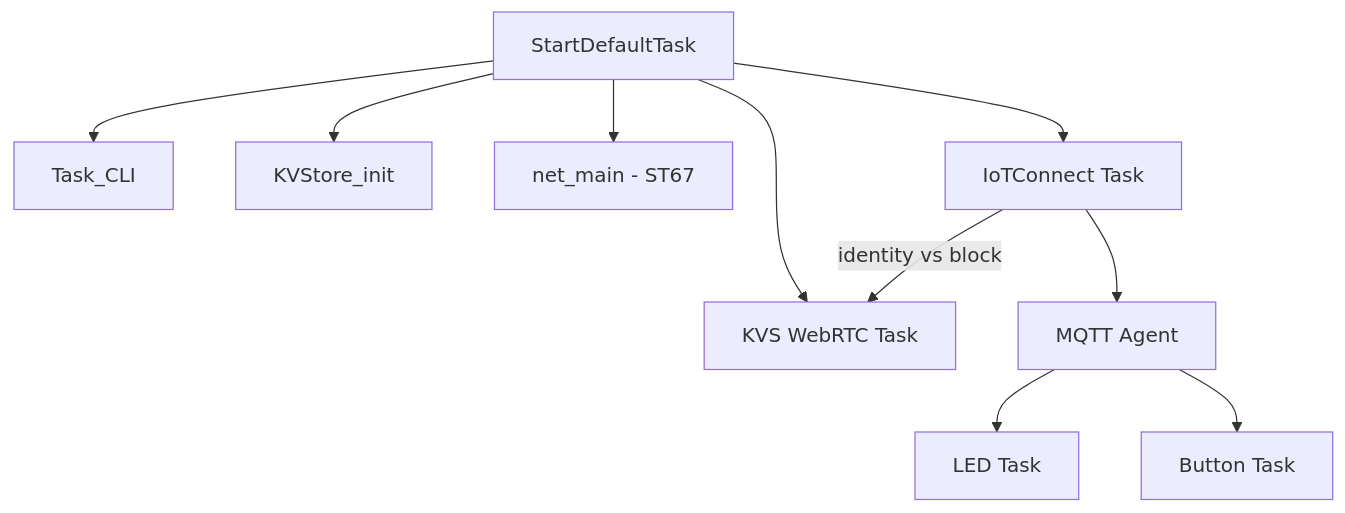
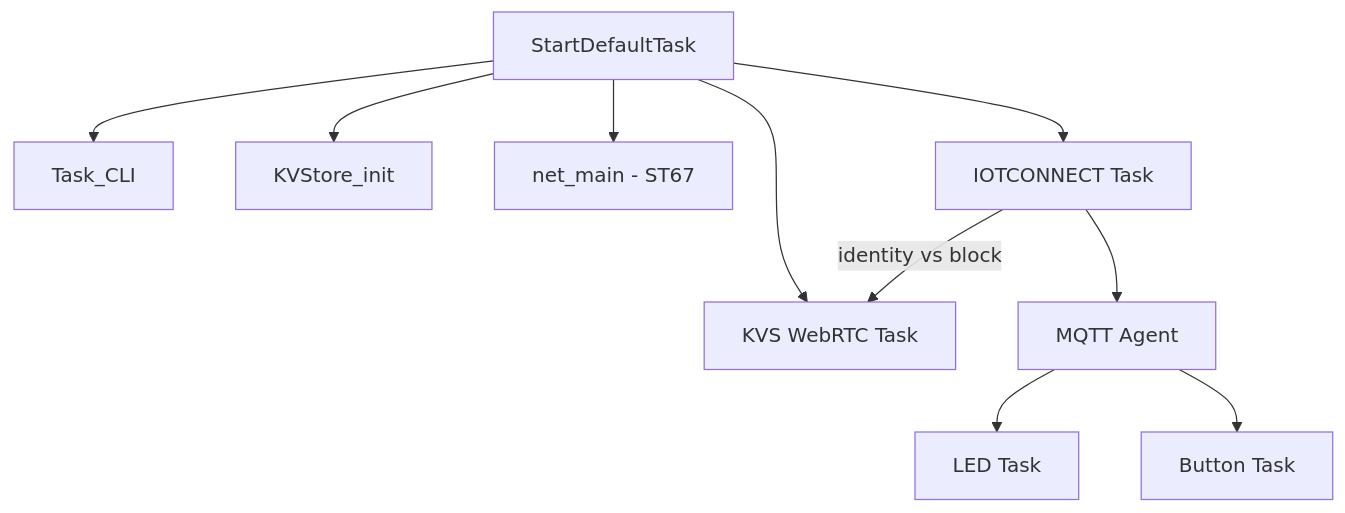
Before and after one commit to avnet-iotconnect/iotc-stm32-n6-w6x-kvs-webrtc: the diagram in docs/architecture.md, drawn with Mermaid. The commit also changed other lines of this file and 15 other files, not shown here.

````diff
--- a/docs/architecture.md
+++ b/docs/architecture.md
@@ -9,12 +9,12 @@
 ```mermaid
 flowchart TD
     A[StartDefaultTask] --> B[Task_CLI]
     A --> C[KVStore_init]
     A --> D[net_main - ST67]
-    A --> E[IoTConnect Task]
+    A --> E[IOTCONNECT Task]
     A --> F[KVS WebRTC Task]
     E --> G[MQTT Agent]
     G --> H[LED Task]
     G --> I[Button Task]
     E -->|identity vs block| F
 ```
````
